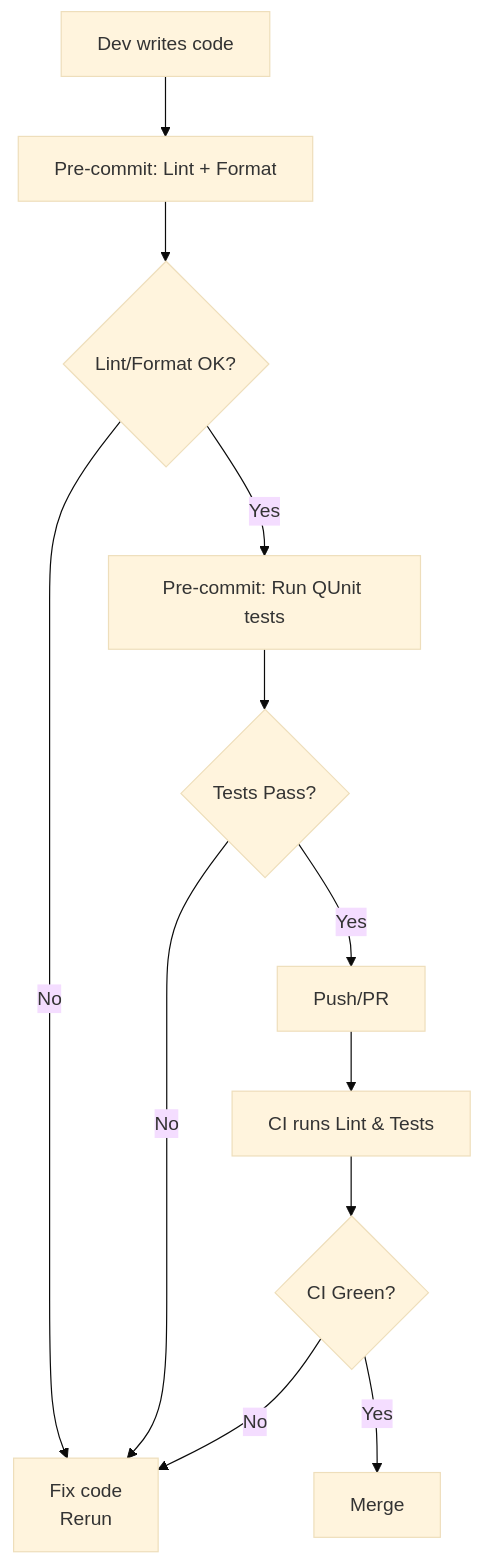
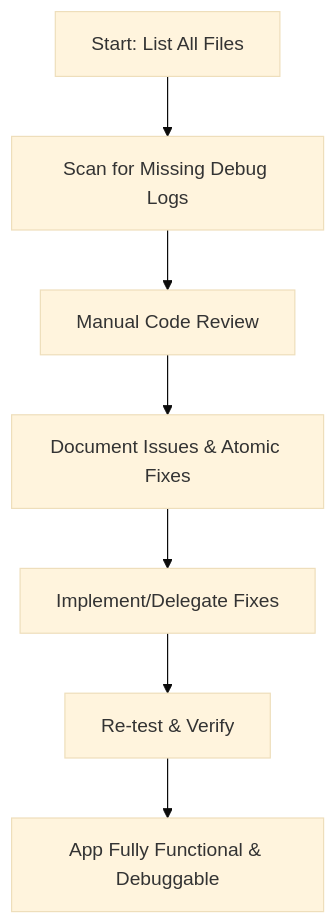
The diagram in AUDIT_LOG.md (eliteandhonor/Prompt-View-Html), drawn with Mermaid (base theme) before and after one commit. The commit also changed other lines of this file and 136 other files, not shown here.

````diff
--- a/AUDIT_LOG.md
+++ b/AUDIT_LOG.md
@@ -215,15 +108,9 @@
 ```mermaid
 flowchart TD
-    C[Dev writes code]
-    C --> D[Pre-commit: Lint + Format]
-    D --> E{Lint/Format OK?}
-    E -- No --> F[Fix code<br>Rerun]
-    E -- Yes --> G[Pre-commit: Run QUnit tests]
-    G --> H{Tests Pass?}
-    H -- No --> F
-    H -- Yes --> I[Push/PR]
-    I --> J[CI runs Lint & Tests]
-    J --> K{CI Green?}
-    K -- No --> F
-    K -- Yes --> L[Merge]
+    A[Start: List All Files] --> B[Scan for Missing Debug Logs]
+    B --> C[Manual Code Review]
+    C --> D[Document Issues & Atomic Fixes]
+    D --> E[Implement/Delegate Fixes]
+    E --> F[Re-test & Verify]
+    F --> G[App Fully Functional & Debuggable]
 ```
````
